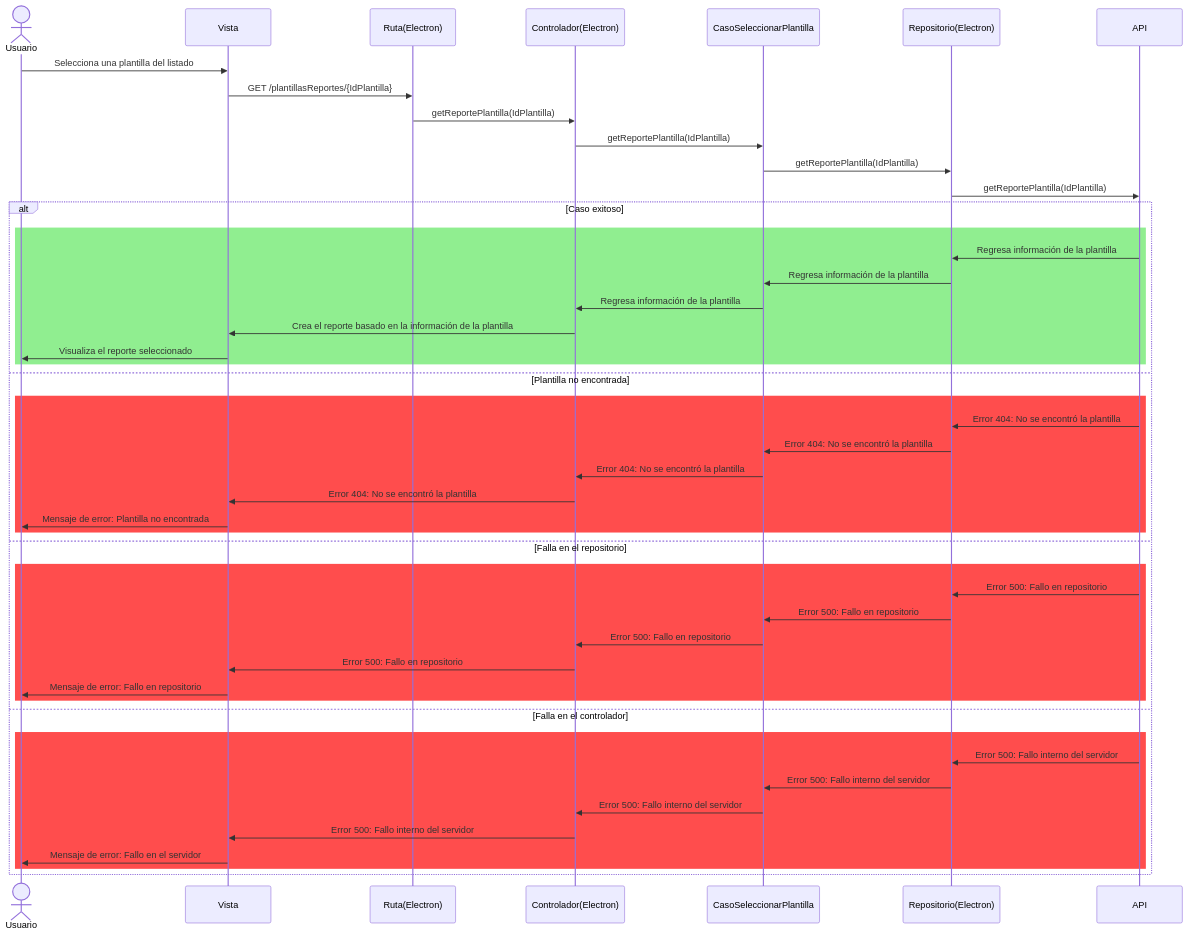
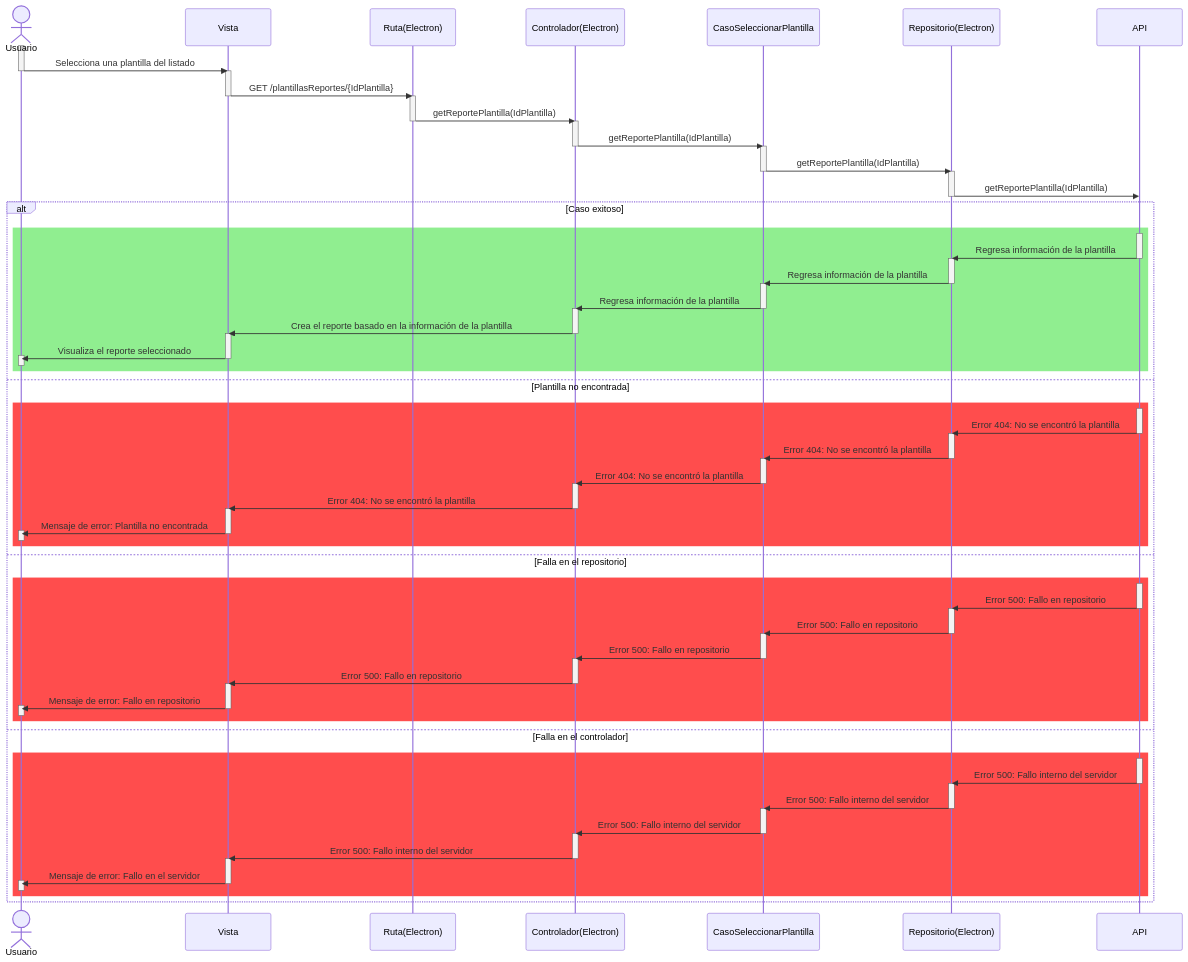
One commit to CodeAnd-Co/Documentacion changed the first of 2 diagrams in documentation/docs/proyectos/tractores/documentacion/requisitos/RF24.md. Above: the diagram before and after it, drawn with Mermaid. The commit also changed other lines of this file, not shown here.

Commit message:
Modificar el diagrama de secuencia
Se modifico el diagrama de secuencia para que se activen y desactiven participantes.

````diff
--- a/documentation/docs/proyectos/tractores/documentacion/requisitos/RF24.md
+++ b/documentation/docs/proyectos/tractores/documentacion/requisitos/RF24.md
@@ -24,4 +24,4 @@
-``` mermaid
+```mermaid
 
 sequenceDiagram
     actor Usuario
@@ -32,44 +32,129 @@
     participant RepositorioElectron as Repositorio(Electron)
     participant API
 
+    activate Usuario
     Usuario->>Vista: Selecciona una plantilla del listado
+    deactivate Usuario
+    
+    activate Vista
     Vista->>RutaElectron: GET /plantillasReportes/{IdPlantilla}
+    deactivate Vista
+    
+    activate RutaElectron
     RutaElectron->>ControladorElectron: getReportePlantilla(IdPlantilla)
+    deactivate RutaElectron
+    
+    activate ControladorElectron
     ControladorElectron->>Caso: getReportePlantilla(IdPlantilla)
+    deactivate ControladorElectron
+    
+    activate Caso
     Caso->>RepositorioElectron: getReportePlantilla(IdPlantilla)
+    deactivate Caso
+    
+    activate RepositorioElectron
     RepositorioElectron->>API: getReportePlantilla(IdPlantilla)
+    deactivate RepositorioElectron
 
     alt Caso exitoso
         rect Lightgreen
+            activate API
             API ->> RepositorioElectron: Regresa información de la plantilla
+            deactivate API
+            
+            activate RepositorioElectron
             RepositorioElectron ->> Caso: Regresa información de la plantilla
+            deactivate RepositorioElectron
+            
+            activate Caso
             Caso ->> ControladorElectron: Regresa información de la plantilla
+            deactivate Caso
+            
+            activate ControladorElectron
             ControladorElectron ->> Vista: Crea el reporte basado en la información de la plantilla
+            deactivate ControladorElectron
+            
+            activate Vista
             Vista->>Usuario: Visualiza el reporte seleccionado
+            deactivate Vista
+            
+            activate Usuario
+            deactivate Usuario
         end
     else Plantilla no encontrada
         rect rgb(255, 77, 77)
+            activate API
             API ->> RepositorioElectron: Error 404: No se encontró la plantilla
+            deactivate API
+            
+            activate RepositorioElectron
             RepositorioElectron ->> Caso: Error 404: No se encontró la plantilla
+            deactivate RepositorioElectron
+            
+            activate Caso
             Caso ->> ControladorElectron: Error 404: No se encontró la plantilla
+            deactivate Caso
+            
+            activate ControladorElectron
             ControladorElectron ->> Vista: Error 404: No se encontró la plantilla
+            deactivate ControladorElectron
+            
+            activate Vista
             Vista->>Usuario: Mensaje de error: Plantilla no encontrada
+            deactivate Vista
+            
+            activate Usuario
+            deactivate Usuario
         end
     else Falla en el repositorio
         rect rgb(255, 77, 77)
+            activate API
             API ->> RepositorioElectron: Error 500: Fallo en repositorio
+            deactivate API
+            
+            activate RepositorioElectron
             RepositorioElectron ->> Caso: Error 500: Fallo en repositorio
+            deactivate RepositorioElectron
+            
+            activate Caso
             Caso ->> ControladorElectron: Error 500: Fallo en repositorio
+            deactivate Caso
+            
+            activate ControladorElectron
             ControladorElectron ->> Vista: Error 500: Fallo en repositorio
+            deactivate ControladorElectron
+            
+            activate Vista
             Vista->>Usuario: Mensaje de error: Fallo en repositorio
+            deactivate Vista
+            
+            activate Usuario
+            deactivate Usuario
         end
     else Falla en el controlador
         rect rgb(255, 77, 77)
+            activate API
             API ->> RepositorioElectron: Error 500: Fallo interno del servidor
+            deactivate API
+            
+            activate RepositorioElectron
             RepositorioElectron ->> Caso: Error 500: Fallo interno del servidor
+            deactivate RepositorioElectron
+            
+            activate Caso
             Caso ->> ControladorElectron: Error 500: Fallo interno del servidor
+            deactivate Caso
+            
+            activate ControladorElectron
             ControladorElectron ->> Vista: Error 500: Fallo interno del servidor
+            deactivate ControladorElectron
+            
+            activate Vista
             Vista->>Usuario: Mensaje de error: Fallo en el servidor
+            deactivate Vista
+            
+            activate Usuario
+            deactivate Usuario
         end
     end
 ```
````
